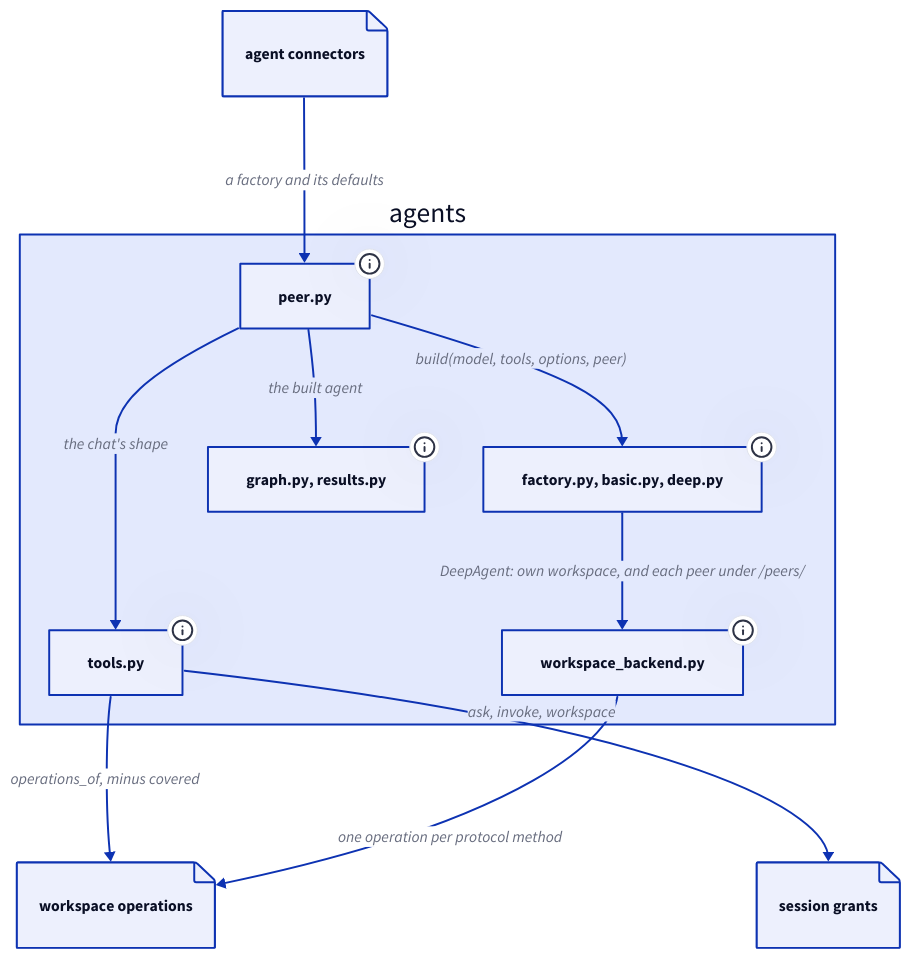
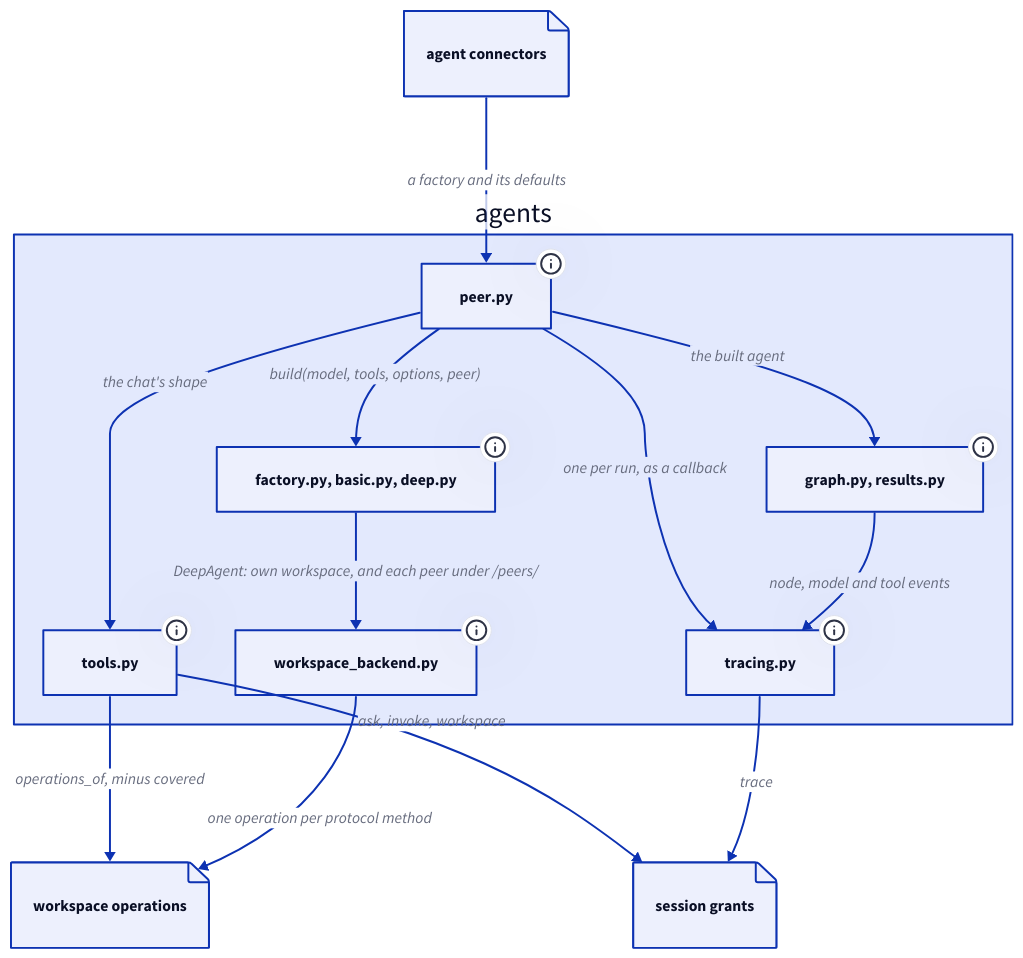
Before and after one commit to lcmonteiro/chatinho: the diagram in src/chatinho/support/kits/agent/docs/diagrams/agents-blocks.d2, drawn with D2. The commit also changed 43 other files, not shown here.

```diff
--- a/src/chatinho/support/kits/agent/docs/diagrams/agents-blocks.d2
+++ b/src/chatinho/support/kits/agent/docs/diagrams/agents-blocks.d2
@@ -1,37 +1,43 @@
 direction: down
 
 connectors: agent connectors {
   shape: page
 }
 kit: agents {
   peer: peer.py {
     tooltip: "AgentPeer: the hooks, a run per question, built lazily, rebuilt on the chat's shape"
   }
   factories: factory.py, basic.py, deep.py {
     tooltip: "AgentFactory; BasicAgent (create_agent); DeepAgent (create_deep_agent)"
   }
   tools: tools.py {
     tooltip: "the ask_, run_ and ws_ tools, and ask_user"
   }
   graph: graph.py, results.py {
     tooltip: "extract, agent, verify, load; the answer's text and files"
   }
+  tracing: tracing.py {
+    tooltip: "RunTracer: a callback handler that traces nodes, model calls and tool calls of one run"
+  }
   backend: workspace_backend.py {
     tooltip: "WorkspaceBackend: a workspace as a deep agents backend"
   }
   peer -> factories: build(model, tools, options, peer)
   peer -> tools: the chat's shape
   peer -> graph: the built agent
+  peer -> tracing: one per run, as a callback
+  graph -> tracing: node, model and tool events
   factories -> backend: "DeepAgent: own workspace, and each peer under /peers/"
 }
 session: session grants {
   shape: page
 }
 workspace: workspace operations {
   shape: page
 }
 
 connectors -> kit.peer: a factory and its defaults
 kit.tools -> session: ask, invoke, workspace
+kit.tracing -> session: trace
 kit.tools -> workspace: operations_of, minus covered
 kit.backend -> workspace: one operation per protocol method
```
